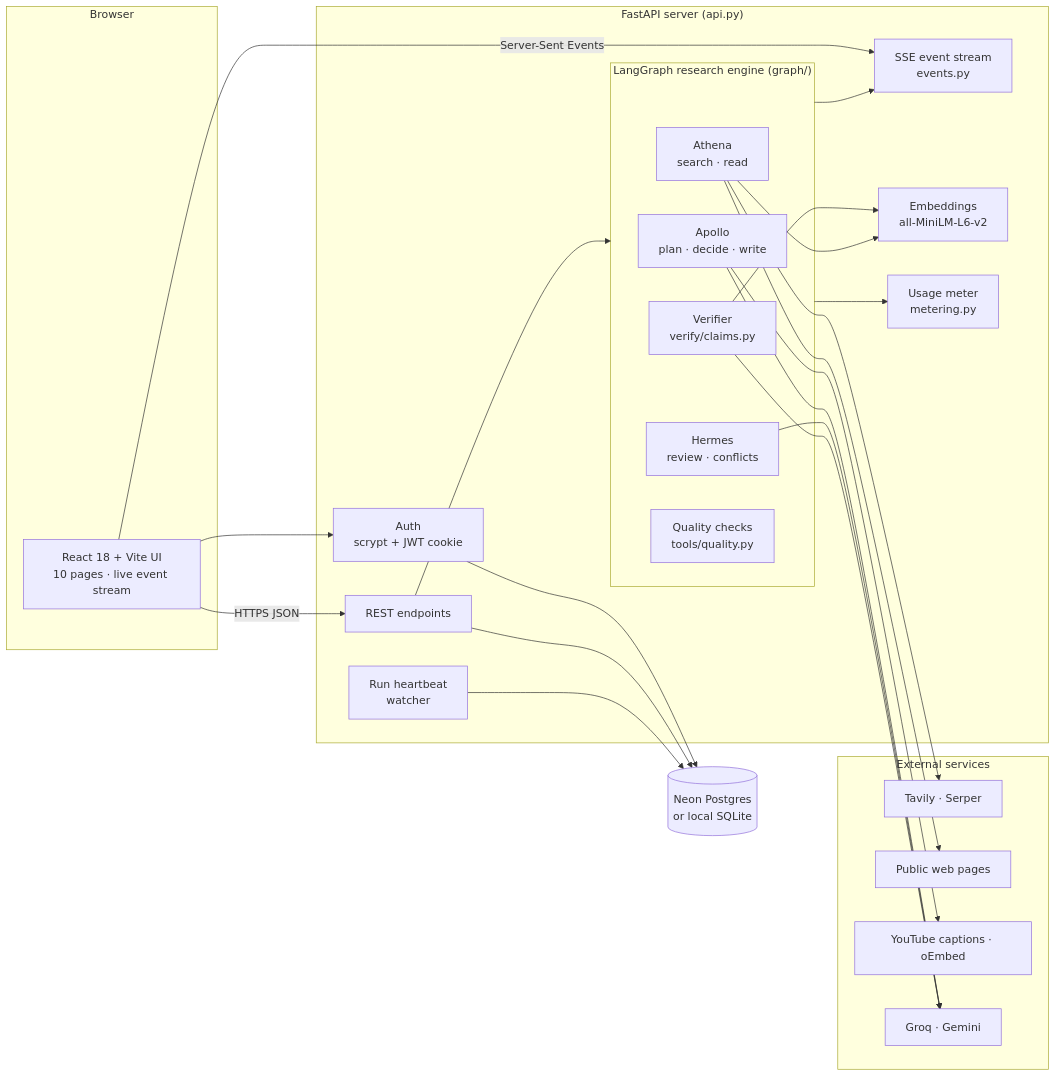
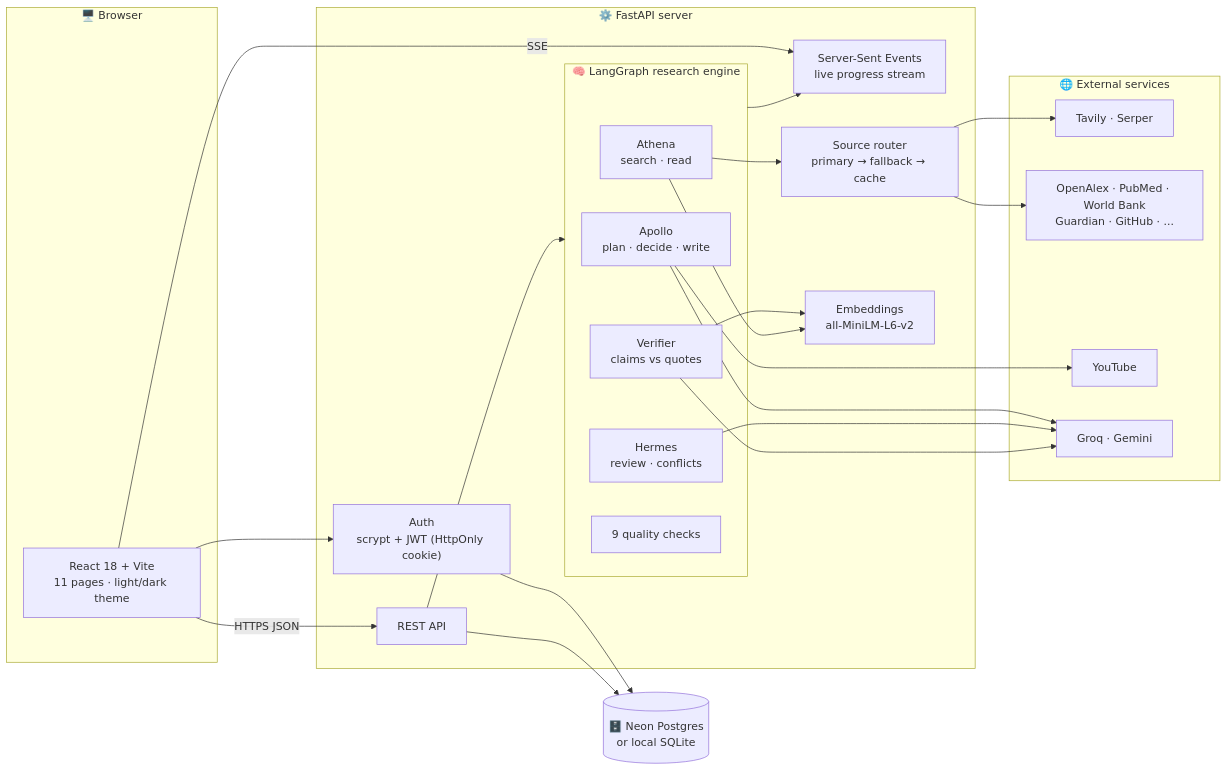
Before and after one commit to nirmaytripathi/Apollo: the first of 6 diagrams in README.md, drawn with Mermaid. The commit also changed other lines of this file, not shown here.

Commit message:
Rewrite README with architecture diagrams and project overview

````diff
--- a/README.md
+++ b/README.md
@@ -143,46 +63,43 @@
 ```mermaid
 flowchart LR
-    subgraph Client["Browser"]
-        UI["React 18 + Vite UI<br/>10 pages · live event stream"]
+    subgraph Client["🖥️ Browser"]
+        UI["React 18 + Vite<br/>11 pages · light/dark theme"]
     end
 
-    subgraph Server["FastAPI server (api.py)"]
-        AUTH["Auth<br/>scrypt + JWT cookie"]
-        REST["REST endpoints"]
-        SSE["SSE event stream<br/>events.py"]
-        HB["Run heartbeat<br/>watcher"]
-        subgraph Engine["LangGraph research engine (graph/)"]
+    subgraph Server["⚙️ FastAPI server"]
+        AUTH["Auth<br/>scrypt + JWT (HttpOnly cookie)"]
+        REST["REST API"]
+        SSE["Server-Sent Events<br/>live progress stream"]
+        subgraph Engine["🧠 LangGraph research engine"]
             AP["Apollo<br/>plan · decide · write"]
             AT["Athena<br/>search · read"]
             HE["Hermes<br/>review · conflicts"]
-            VE["Verifier<br/>verify/claims.py"]
-            QC["Quality checks<br/>tools/quality.py"]
+            VE["Verifier<br/>claims vs quotes"]
+            QC["9 quality checks"]
         end
+        ROUTER["Source router<br/>primary → fallback → cache"]
         EMB["Embeddings<br/>all-MiniLM-L6-v2"]
-        METER["Usage meter<br/>metering.py"]
     end
 
-    subgraph External["External services"]
+    subgraph External["🌐 External services"]
         SEARCH["Tavily · Serper"]
-        WEB["Public web pages"]
-        YT["YouTube captions · oEmbed"]
+        DOMAIN["OpenAlex · PubMed · World Bank<br/>Guardian · GitHub · ..."]
+        YT["YouTube"]
         LLM["Groq · Gemini"]
     end
 
-    DB[("Neon Postgres<br/>or local SQLite")]
+    DB[("🗄️ Neon Postgres<br/>or local SQLite")]
 
     UI -- "HTTPS JSON" --> REST
-    UI -- "Server-Sent Events" --> SSE
+    UI -- "SSE" --> SSE
     UI --> AUTH
     REST --> Engine
     Engine --> SSE
-    AT --> SEARCH
-    AT --> WEB
+    AT --> ROUTER
+    ROUTER --> SEARCH
+    ROUTER --> DOMAIN
     AP --> YT
     AP & HE & VE --> LLM
     VE & AT --> EMB
-    Engine --> METER
-    AUTH --> DB
-    REST --> DB
-    HB --> DB
+    AUTH & REST --> DB
 ```
````
